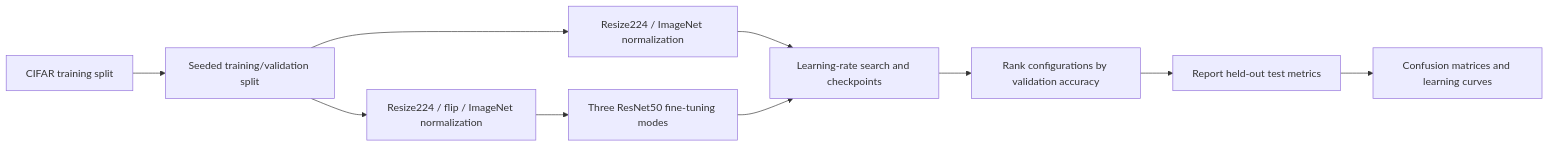
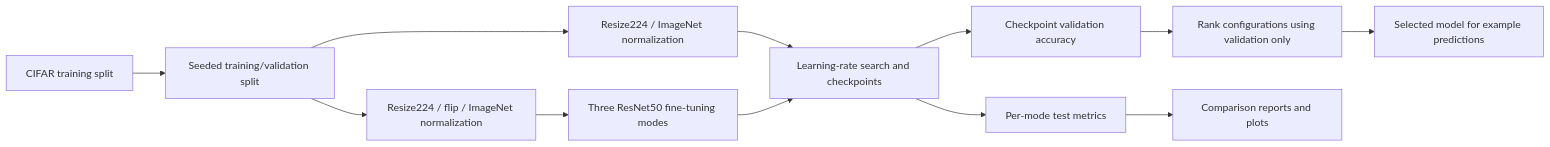
The diagram in README.md (ik123a/resnet50-transfer-learning-cifar), drawn with Mermaid before and after one commit. The commit also changed other lines of this file, not shown here.

Commit message:
docs: clarify evaluation flow and image dimensions

````diff
--- a/README.md
+++ b/README.md
@@ -7,12 +7,14 @@
 ```mermaid
 flowchart LR
     CIFAR[CIFAR training split] --> Split[Seeded training/validation split]
     Split --> Train[Resize224 / flip / ImageNet normalization]
     Split --> Validate[Resize224 / ImageNet normalization]
     Train --> Modes[Three ResNet50 fine-tuning modes]
     Validate --> Tune[Learning-rate search and checkpoints]
     Modes --> Tune
-    Tune --> Select[Rank configurations by validation accuracy]
-    Select --> Test[Report held-out test metrics]
-    Test --> Plots[Confusion matrices and learning curves]
+    Tune --> V[Checkpoint validation accuracy]
+    Tune --> T[Per-mode test metrics]
+    V --> Select[Rank configurations using validation only]
+    T --> Plots[Comparison reports and plots]
+    Select --> Inference[Selected model for example predictions]
 ```
````
